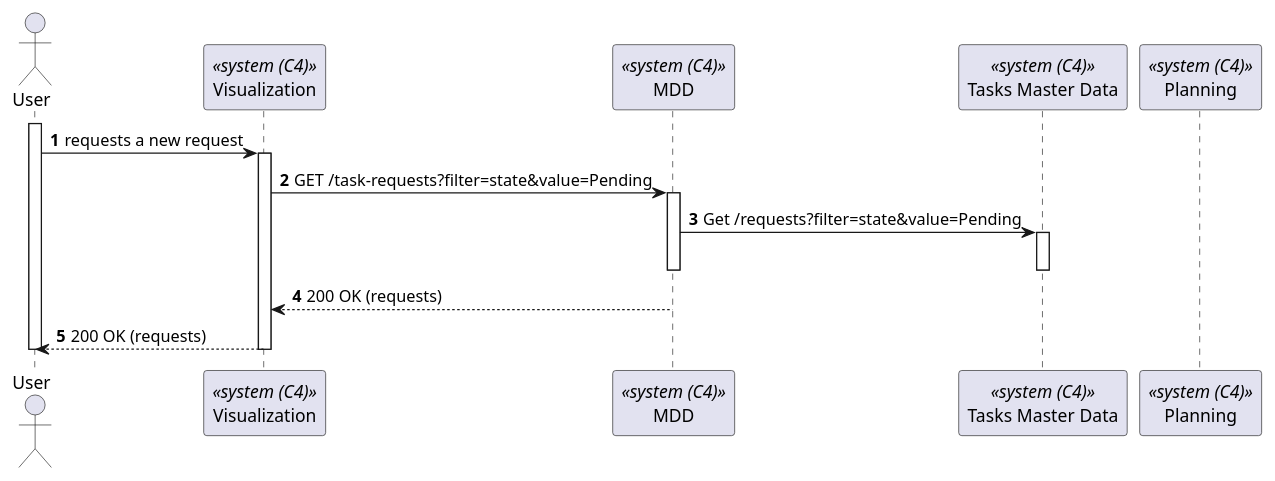
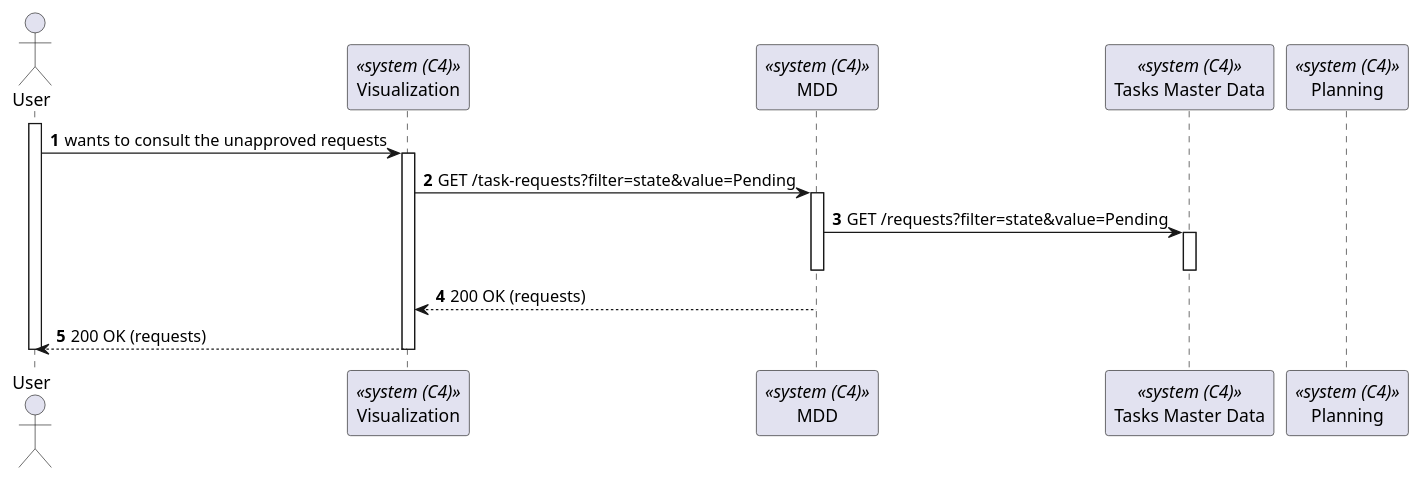
The diagram in _wiki/sprint-c/us-480/views/level-2/process-view.puml (miseEnPlace-dev/lapr5), drawn with PlantUML before and after one commit. The commit also changed 3 other files, not shown here.

```diff
--- a/_wiki/sprint-c/us-480/views/level-2/process-view.puml
+++ b/_wiki/sprint-c/us-480/views/level-2/process-view.puml
@@ -1,30 +1,30 @@
 @startuml process-view
 autonumber
 actor TM as "User"
 participant UI as "Visualization" <<system (C4)>>
 participant MDD as "MDD" <<system (C4)>>
 participant TMD as "Tasks Master Data" <<system (C4)>>
 participant P as "Planning" <<system (C4)>>
 
 activate TM
 
-TM -> UI : requests a new request
+TM -> UI : wants to consult the unapproved requests
 activate UI
 
 UI -> MDD : GET /task-requests?filter=state&value=Pending
 activate MDD
 
-MDD -> TMD : Get /requests?filter=state&value=Pending
+MDD -> TMD : GET /requests?filter=state&value=Pending
 activate TMD
 deactivate MDD
 deactivate TMD
 
 MDD --> UI : 200 OK (requests)
 deactivate MDD
 
 TM <-- UI : 200 OK (requests)
 deactivate UI
 
 deactivate TM
 
 @enduml
```
